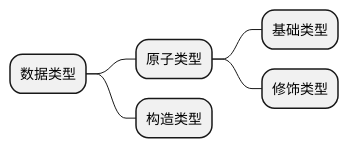
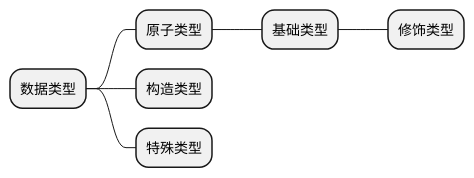
Before and after one commit to jiaxiangpingan/cfmy.github.io: the diagram in DivPart/数据类型.md, drawn with PlantUML. The commit also changed other lines of this file and 3 other files, not shown here.

````diff
--- a/DivPart/数据类型.md
+++ b/DivPart/数据类型.md
@@ -10,9 +12,10 @@
 ```plantuml
 @startmindmap
 * 数据类型
 ** 原子类型
 *** 基础类型
-*** 修饰类型
+**** 修饰类型
 ** 构造类型
+** 特殊类型
 @endmindmap
 ```
````
